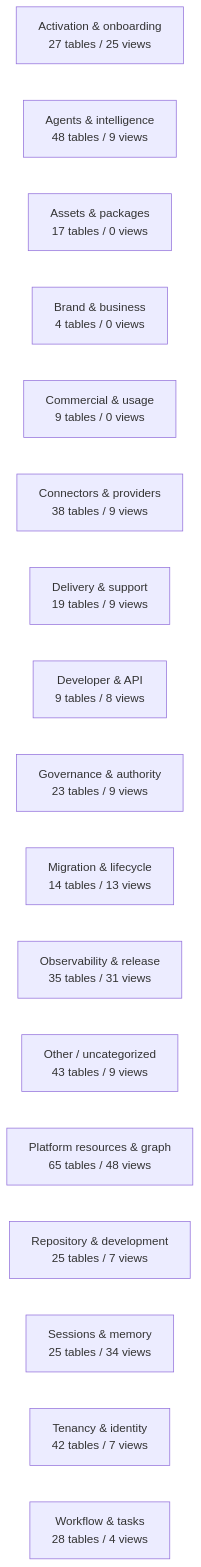
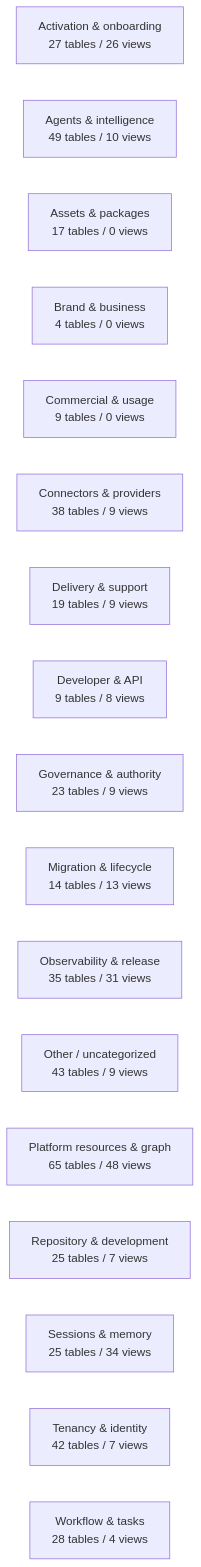
One commit to mad4bdigital-ai/multi-business-multi-role-growth-intelligence-os changed the diagram in docs/work-maps/data-model-domain-map.md. Above: the diagram before and after it, drawn with Mermaid. The commit also changed other lines of this file and 9 other files, not shown here.

````diff
--- a/docs/work-maps/data-model-domain-map.md
+++ b/docs/work-maps/data-model-domain-map.md
@@ -9,20 +9,20 @@
 ```mermaid
 flowchart LR
-  n_Activation___onboarding["Activation & onboarding<br/>27 tables / 25 views"]
-  n_Agents___intelligence["Agents & intelligence<br/>48 tables / 9 views"]
+  n_Activation___onboarding["Activation & onboarding<br/>27 tables / 26 views"]
+  n_Agents___intelligence["Agents & intelligence<br/>49 tables / 10 views"]
   n_Assets___packages["Assets & packages<br/>17 tables / 0 views"]
   n_Brand___business["Brand & business<br/>4 tables / 0 views"]
   n_Commercial___usage["Commercial & usage<br/>9 tables / 0 views"]
   n_Connectors___providers["Connectors & providers<br/>38 tables / 9 views"]
   n_Delivery___support["Delivery & support<br/>19 tables / 9 views"]
   n_Developer___API["Developer & API<br/>9 tables / 8 views"]
   n_Governance___authority["Governance & authority<br/>23 tables / 9 views"]
   n_Migration___lifecycle["Migration & lifecycle<br/>14 tables / 13 views"]
   n_Observability___release["Observability & release<br/>35 tables / 31 views"]
   n_Other___uncategorized["Other / uncategorized<br/>43 tables / 9 views"]
   n_Platform_resources___graph["Platform resources & graph<br/>65 tables / 48 views"]
   n_Repository___development["Repository & development<br/>25 tables / 7 views"]
   n_Sessions___memory["Sessions & memory<br/>25 tables / 34 views"]
   n_Tenancy___identity["Tenancy & identity<br/>42 tables / 7 views"]
   n_Workflow___tasks["Workflow & tasks<br/>28 tables / 4 views"]
 ```
````
